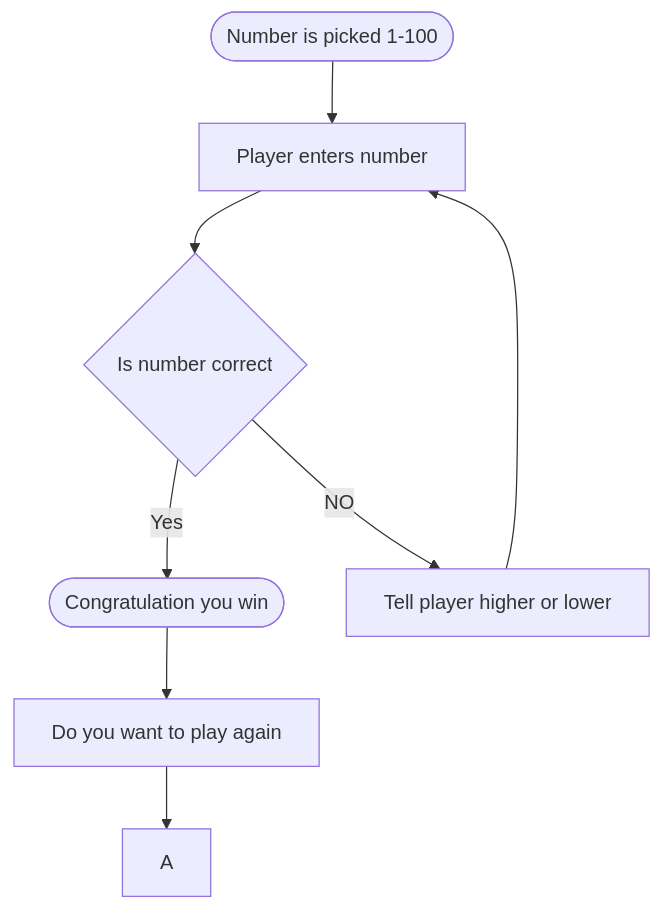
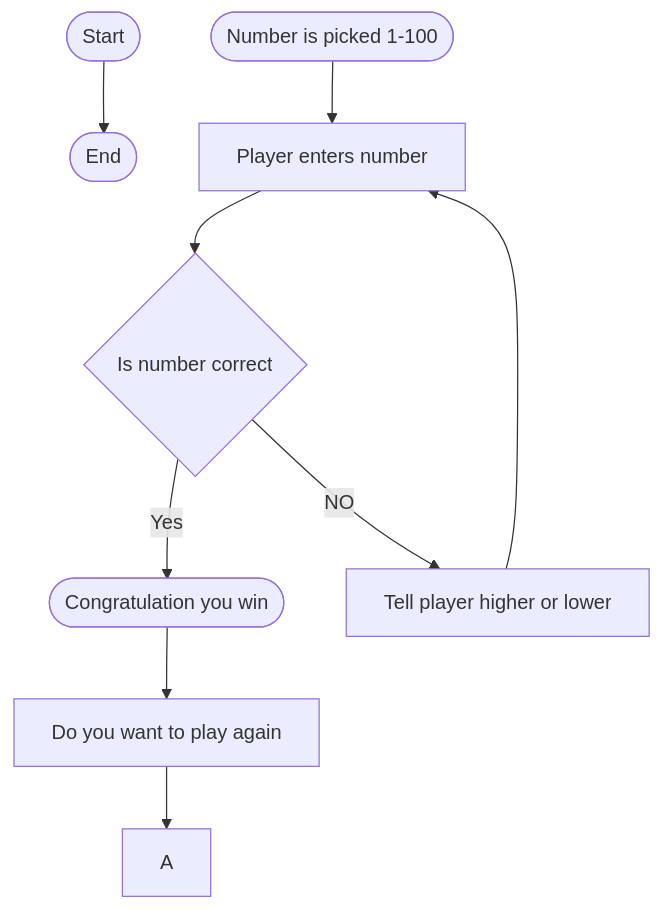
Before and after one commit to Bleakalmond/bleakalmond.github.io: the diagram in Guessing.md, drawn with Mermaid.

````diff
--- a/Guessing.md
+++ b/Guessing.md
@@ -1,10 +1,11 @@
 ``` Mermaid
 flowchart TD
+Start([Start]) --> End([End])
 *A(["Number is picked 1-100"]) --> B["Player enters number"]
 B --> C{"Is number correct"}
 C -- Yes --> D(["Congratulation you win"])
 D --> E["Do you want to play again"]
 E --> A
 C -- NO --> F["Tell player higher or lower"]
 F --> B
 ```
````
